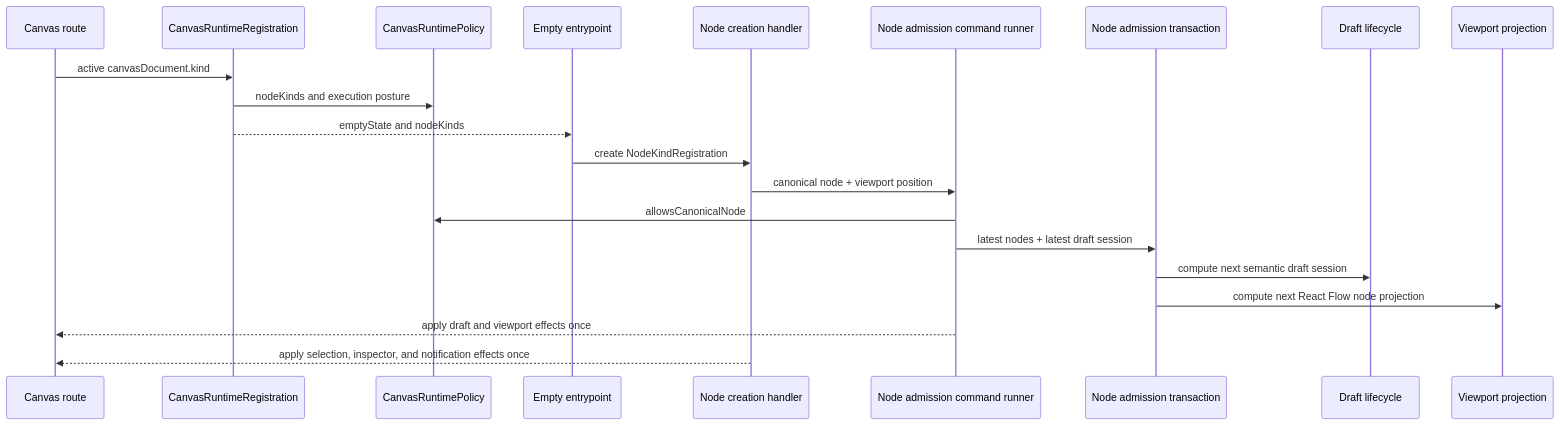
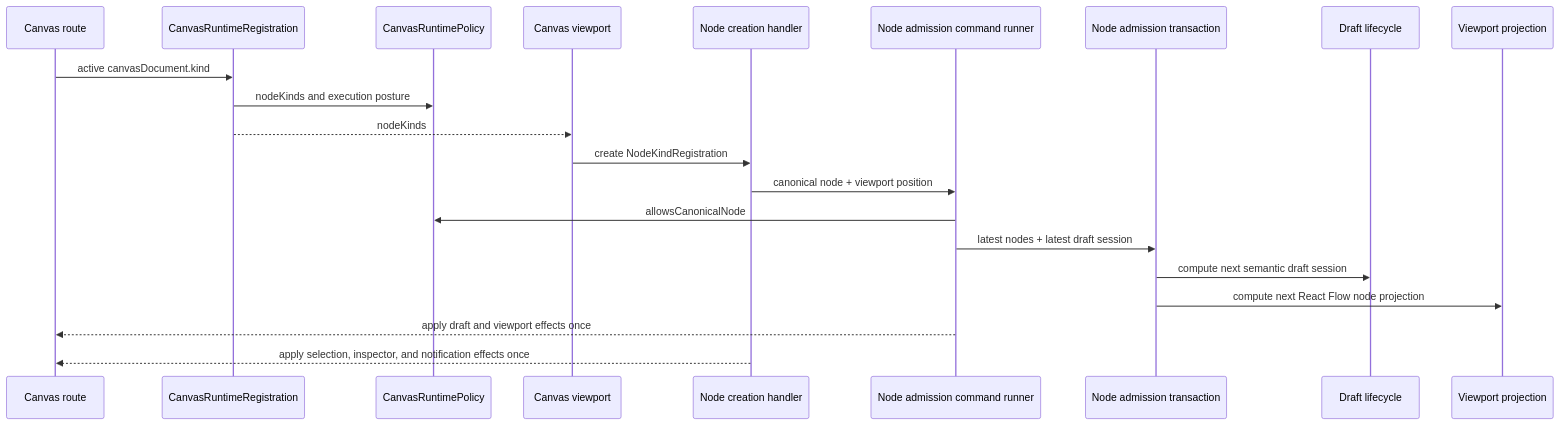
One commit to dunay2/dvt changed the third of 3 diagrams in docs/architecture/components/web/graph/canvas-empty-authoring-entrypoint-component.md. Above: the diagram before and after it, drawn with Mermaid. The commit also changed other lines of this file and 64 other files, not shown here.

Commit message:
refactor(web): Retire obsolete empty Canvas guide (#2898)

````diff
--- a/docs/architecture/components/web/graph/canvas-empty-authoring-entrypoint-component.md
+++ b/docs/architecture/components/web/graph/canvas-empty-authoring-entrypoint-component.md
@@ -131,24 +127,24 @@
 ```mermaid
 sequenceDiagram
   participant Route as Canvas route
   participant Runtime as CanvasRuntimeRegistration
   participant Policy as CanvasRuntimePolicy
-  participant Empty as Empty entrypoint
+  participant Viewport as Canvas viewport
   participant Handler as Node creation handler
   participant Runner as Node admission command runner
   participant Tx as Node admission transaction
   participant Draft as Draft lifecycle
   participant View as Viewport projection
 
   Route->>Runtime: active canvasDocument.kind
   Runtime->>Policy: nodeKinds and execution posture
-  Runtime-->>Empty: emptyState and nodeKinds
-  Empty->>Handler: create NodeKindRegistration
+  Runtime-->>Viewport: nodeKinds
+  Viewport->>Handler: create NodeKindRegistration
   Handler->>Runner: canonical node + viewport position
   Runner->>Policy: allowsCanonicalNode
   Runner->>Tx: latest nodes + latest draft session
   Tx->>Draft: compute next semantic draft session
   Tx->>View: compute next React Flow node projection
   Runner-->>Route: apply draft and viewport effects once
   Handler-->>Route: apply selection, inspector, and notification effects once
 ```
````
